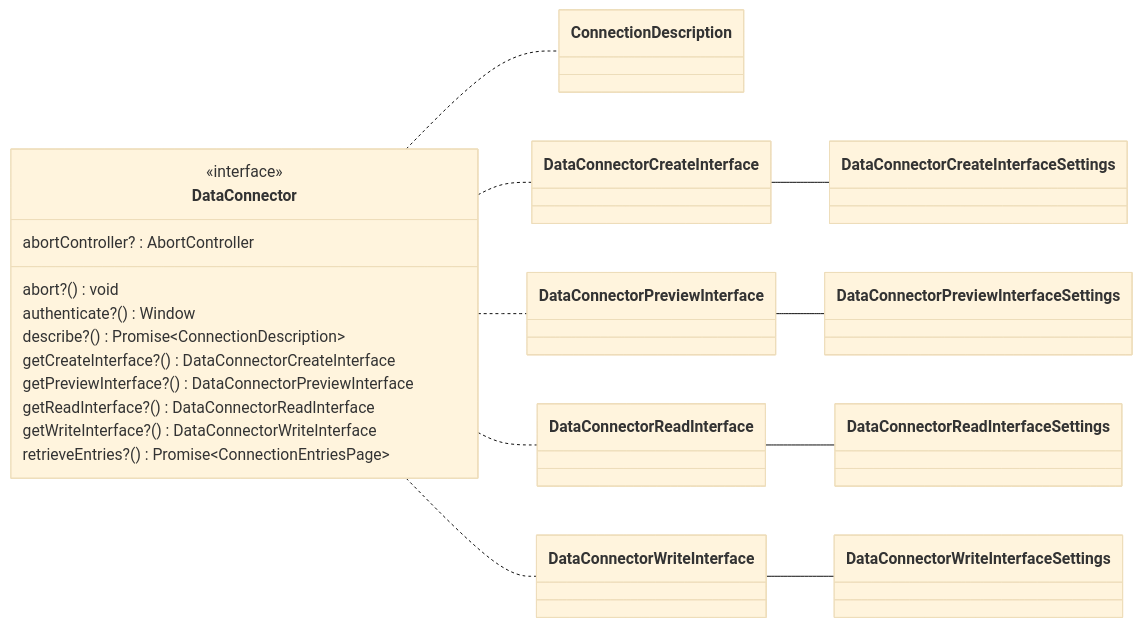
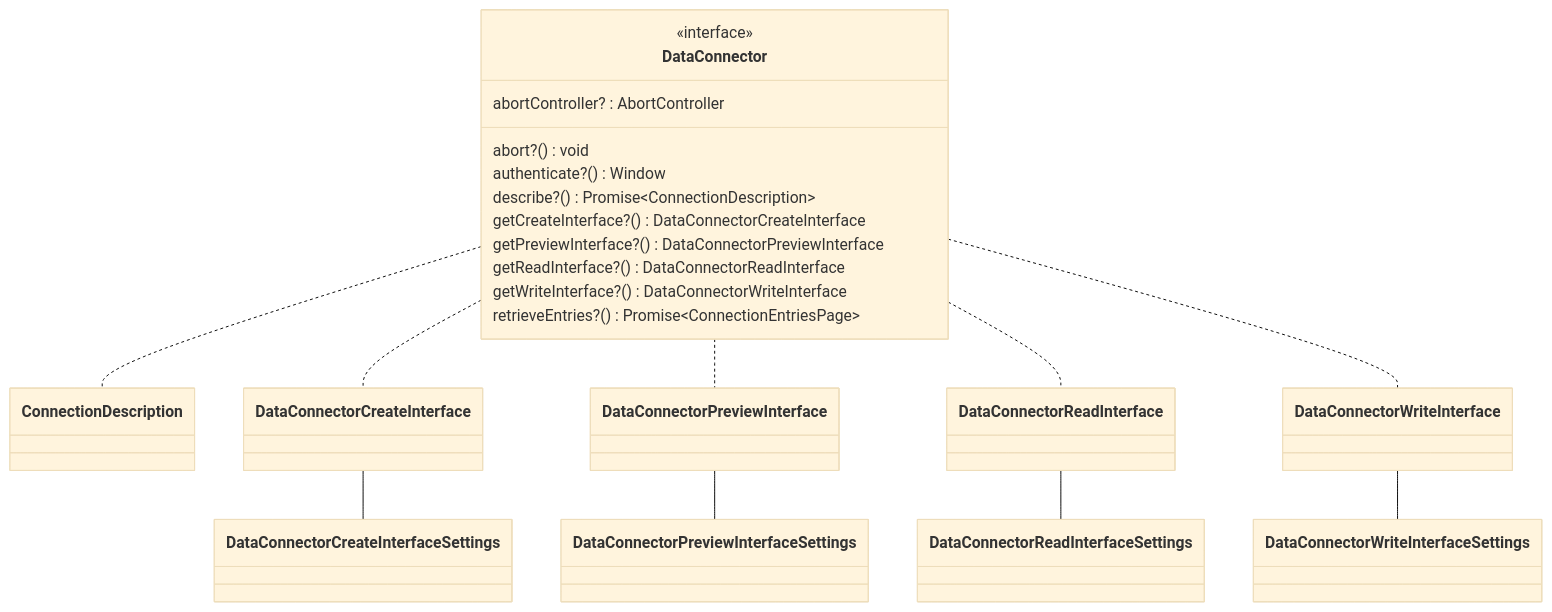
The sixth of 15 diagrams in README.md (data-positioning/datapos-shared), drawn with Mermaid (base theme) before and after one commit. The commit also changed other lines of this file and 4 other files, not shown here.

````diff
--- a/README.md
+++ b/README.md
@@ -208,27 +208,27 @@
 ```mermaid
 classDiagram
-    direction LR
+    direction TD
 
     class DataConnector {
         <<interface>>
         abortController? :  AbortController
         abort?() void
         authenticate?() Window
         describe?() Promise~ConnectionDescription~
         getCreateInterface?() DataConnectorCreateInterface
         getPreviewInterface?() DataConnectorPreviewInterface
         getReadInterface?() DataConnectorReadInterface
         getWriteInterface?() DataConnectorWriteInterface
         retrieveEntries?() Promise~ConnectionEntriesPage~
     }
 
     DataConnector .. ConnectionDescription
     DataConnector .. DataConnectorCreateInterface
     DataConnectorCreateInterface -- DataConnectorCreateInterfaceSettings
     DataConnector .. DataConnectorPreviewInterface
     DataConnectorPreviewInterface -- DataConnectorPreviewInterfaceSettings
     DataConnector .. DataConnectorReadInterface
     DataConnectorReadInterface -- DataConnectorReadInterfaceSettings
     DataConnector .. DataConnectorWriteInterface
     DataConnectorWriteInterface -- DataConnectorWriteInterfaceSettings
 ```
````
